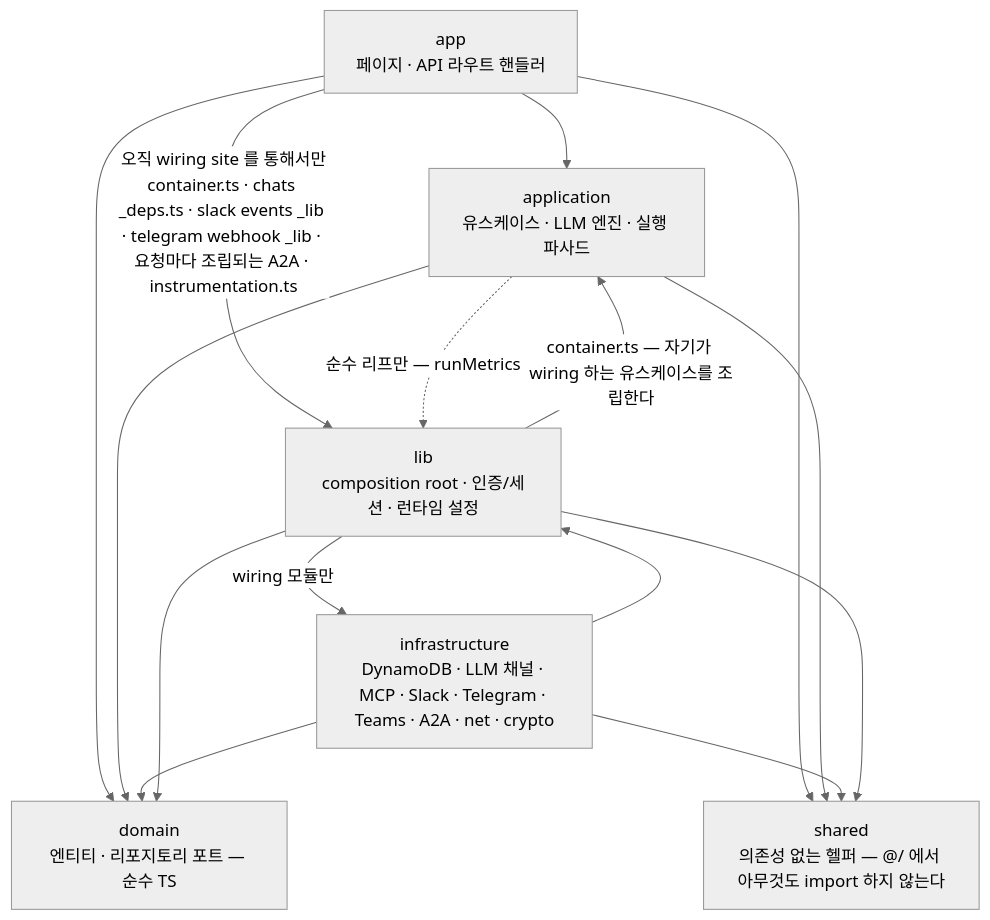
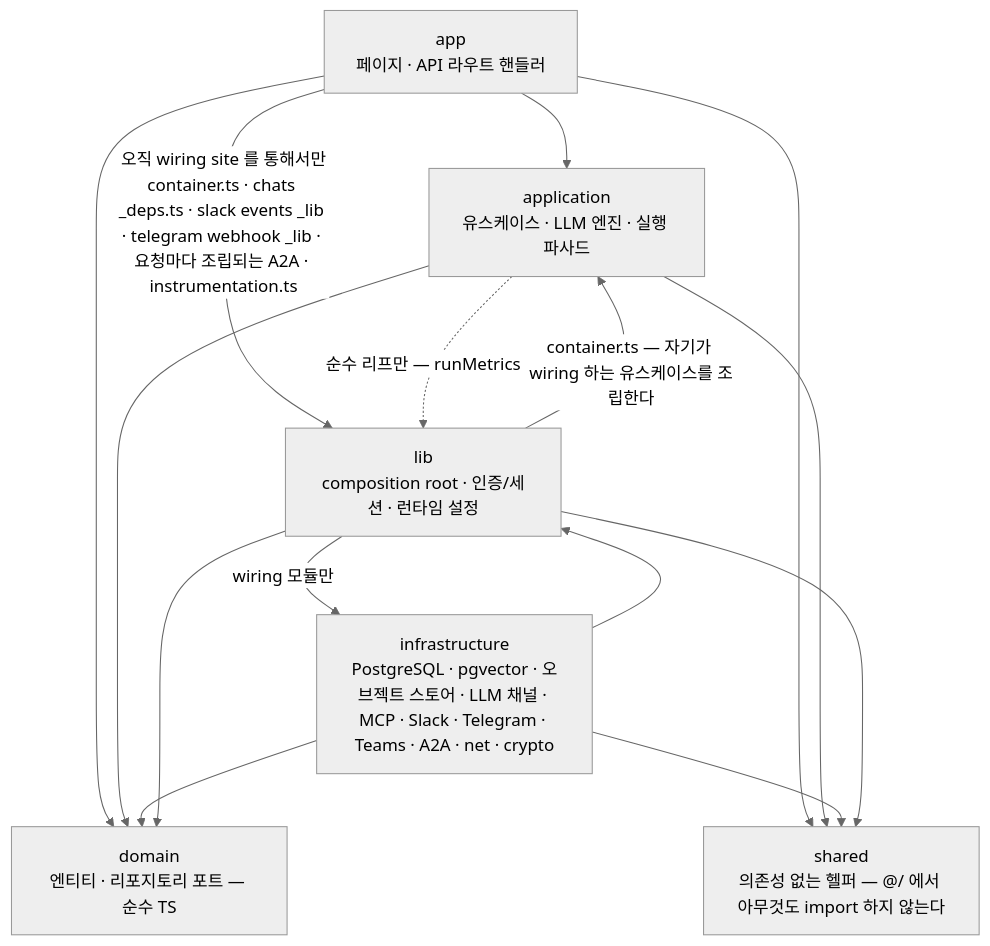
The first of 4 diagrams in docs/ARCHITECTURE.md (opspresso/agent-studio), drawn with Mermaid (neutral theme) before and after one commit. The commit also changed other lines of this file and 228 other files, not shown here.

First line of the commit message:
feat: run on PostgreSQL inside a private network (on-premises install) (#66)

````diff
--- a/docs/ARCHITECTURE.md
+++ b/docs/ARCHITECTURE.md
@@ -116,24 +121,24 @@
 ```mermaid
 flowchart TB
   app["app<br/>페이지 · API 라우트 핸들러"]
   application["application<br/>유스케이스 · LLM 엔진 · 실행 파사드"]
   domain["domain<br/>엔티티 · 리포지토리 포트 — 순수 TS"]
-  infrastructure["infrastructure<br/>DynamoDB · LLM 채널 · MCP · Slack · Telegram · Teams · A2A · net · crypto"]
+  infrastructure["infrastructure<br/>PostgreSQL · pgvector · 오브젝트 스토어 · LLM 채널 · MCP · Slack · Telegram · Teams · A2A · net · crypto"]
   lib["lib<br/>composition root · 인증/세션 · 런타임 설정"]
   shared["shared<br/>의존성 없는 헬퍼 — @/ 에서 아무것도 import 하지 않는다"]
 
   app --> application
   app --> domain
   application --> domain
   infrastructure --> domain
   infrastructure --> lib
   app -->|"오직 wiring site 를 통해서만<br/>container.ts · chats _deps.ts · slack events _lib · telegram webhook _lib · 요청마다 조립되는 A2A · instrumentation.ts"| lib
   lib --> domain
   lib -->|"container.ts — 자기가 wiring 하는 유스케이스를 조립한다"| application
   lib -->|"wiring 모듈만"| infrastructure
   application -.->|"순수 리프만 — runMetrics"| lib
   app --> shared
   application --> shared
   infrastructure --> shared
   lib --> shared
 ```
````
